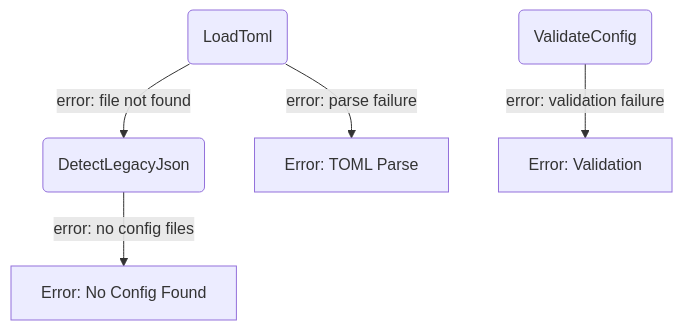
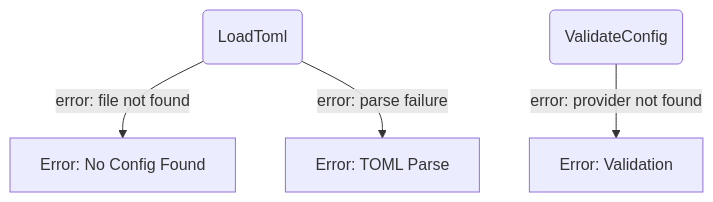
Before and after one commit to cosmoswafer/rockbot: the second of 2 diagrams in _dfds/base/config.md, drawn with Mermaid. The commit also changed other lines of this file, not shown here.

Commit message:
fix: align config DFD with actual implementation (drop JSON migration, fix structs)

````diff
--- a/_dfds/base/config.md
+++ b/_dfds/base/config.md
@@ -46,14 +38,12 @@
 ```mermaid
 flowchart TD
     LOAD(LoadToml)
-    DETECT(DetectLegacyJson)
     ERR_NO_CFG[Error: No Config Found]
     ERR_PARSE[Error: TOML Parse]
     ERR_VALID[Error: Validation]
     VALIDATE(ValidateConfig)
 
-    LOAD -->|"error: file not found"| DETECT
-    DETECT -->|"error: no config files"| ERR_NO_CFG
+    LOAD -->|"error: file not found"| ERR_NO_CFG
     LOAD -->|"error: parse failure"| ERR_PARSE
-    VALIDATE -->|"error: validation failure"| ERR_VALID
+    VALIDATE -->|"error: provider not found"| ERR_VALID
 ```
````
